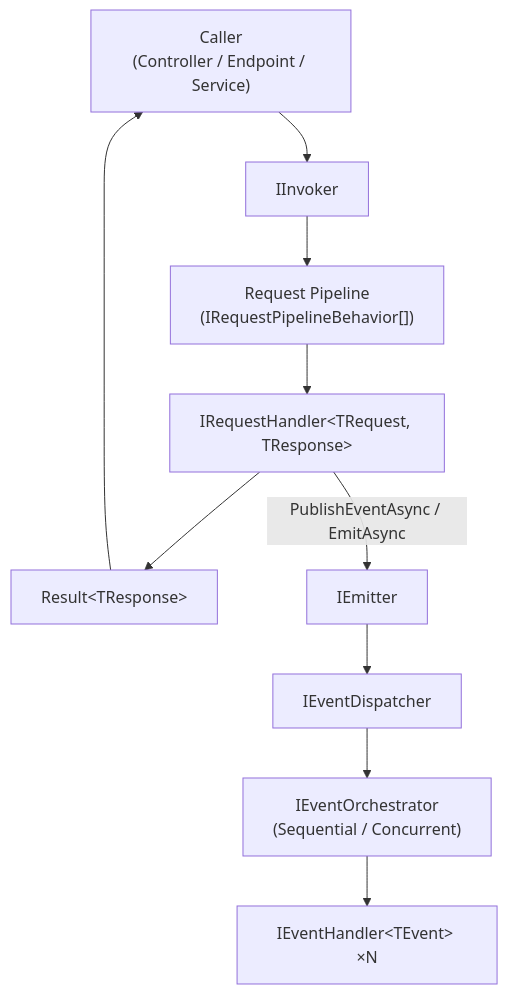
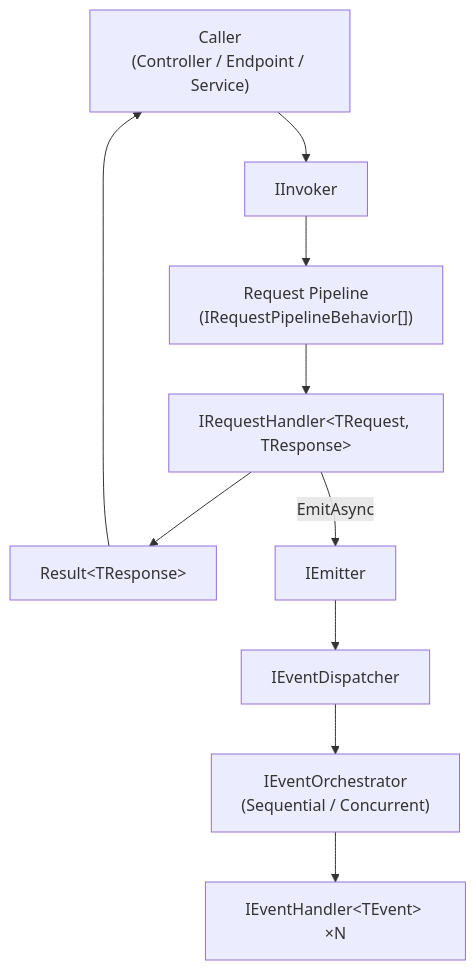
The diagram in docs/docs/index.mdx (UnambitiousFx/Synapse), drawn with Mermaid before and after one commit. The commit also changed other lines of this file and 126 other files, not shown here.

````diff
--- a/docs/docs/index.mdx
+++ b/docs/docs/index.mdx
@@ -25,24 +25,24 @@
 ```mermaid
 graph TD
     Caller["Caller\n(Controller / Endpoint / Service)"]
     IInvoker["IInvoker"]
     Pipeline["Request Pipeline\n(IRequestPipelineBehavior[])"]
     Handler["IRequestHandler&lt;TRequest, TResponse&gt;"]
     Result["Result&lt;TResponse&gt;"]
 
     IEmitter["IEmitter"]
     Dispatcher["IEventDispatcher"]
     Orchestrator["IEventOrchestrator\n(Sequential / Concurrent)"]
     EventHandlers["IEventHandler&lt;TEvent&gt; ×N"]
 
     Caller --> IInvoker
     IInvoker --> Pipeline
     Pipeline --> Handler
     Handler --> Result
     Result --> Caller
 
-    Handler -- "PublishEventAsync / EmitAsync" --> IEmitter
+    Handler -- "EmitAsync" --> IEmitter
     IEmitter --> Dispatcher
     Dispatcher --> Orchestrator
     Orchestrator --> EventHandlers
 ```
````
